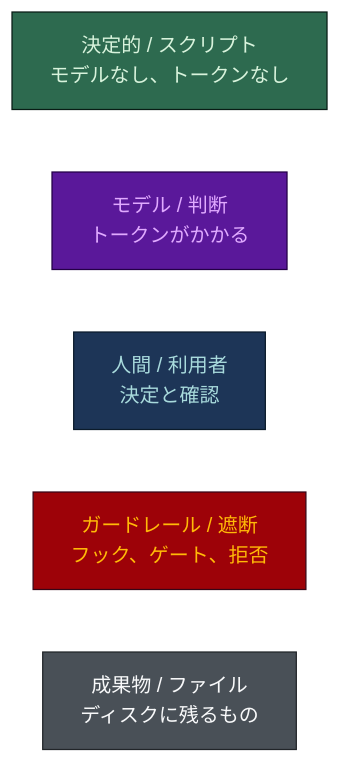
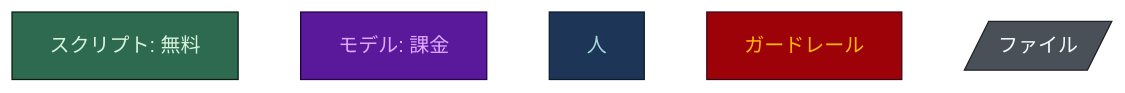
Before and after one commit to nguyenhx2/agent-harness-bootstrap: the first of 16 diagrams in docs/FLOWS.ja.md, drawn with Mermaid. The commit also changed other lines of this file and 364 other files, not shown here.

````diff
--- a/docs/FLOWS.ja.md
+++ b/docs/FLOWS.ja.md
@@ -20,20 +15,16 @@
 ```mermaid
 flowchart LR
-    D["決定的 / スクリプト<br/>モデルなし、トークンなし"]
-    M["モデル / 判断<br/>トークンがかかる"]
-    H["人間 / 利用者<br/>決定と確認"]
-    G["ガードレール / 遮断<br/>フック、ゲート、拒否"]
-    A["成果物 / ファイル<br/>ディスクに残るもの"]
+    D["スクリプト: 無料"] ~~~ M["モデル: 課金"] ~~~ H["人"] ~~~ G["ガードレール"] ~~~ A[/"ファイル"/]
 
     classDef det fill:#2D6A4F,stroke:#081C15,stroke-width:1px,color:#D8F3DC
     classDef mod fill:#5A189A,stroke:#240046,stroke-width:1px,color:#E0AAFF
     classDef hum fill:#1D3557,stroke:#0B1B2B,stroke-width:1px,color:#A8DADC
     classDef gate fill:#9D0208,stroke:#370617,stroke-width:1px,color:#FFBA08
     classDef art fill:#495057,stroke:#212529,stroke-width:1px,color:#F8F9FA
 
     class D det
     class M mod
     class H hum
     class G gate
     class A art
 ```
````
